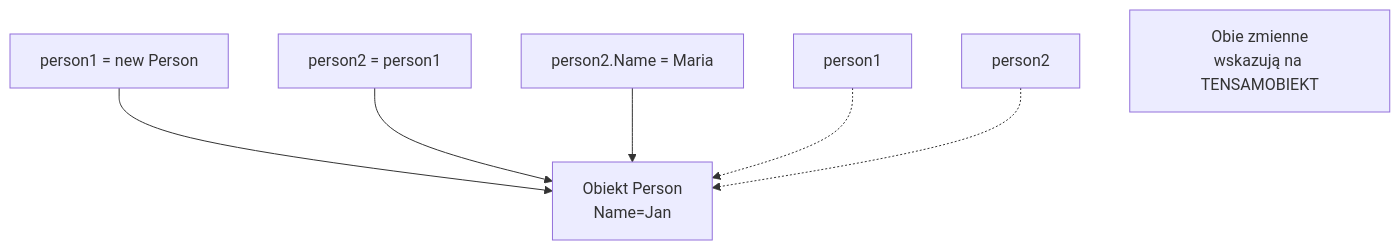
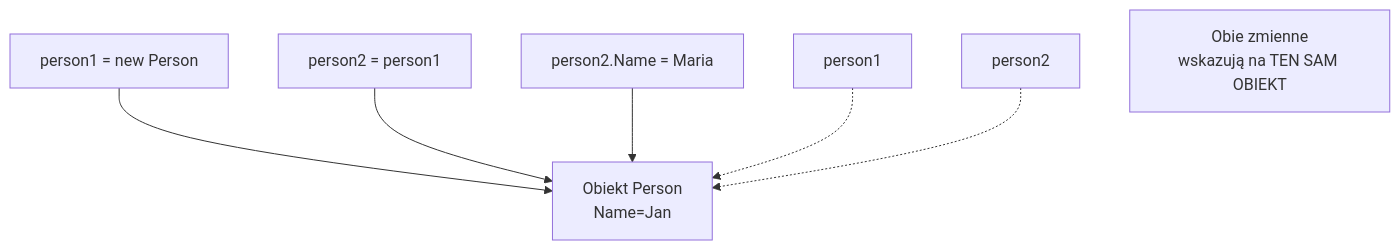
One commit to tborzyszkowski/csharp-programming changed the second of 4 diagrams in src/01-klasy/_03_object_usage/README.md. Above: the diagram before and after it, drawn with Mermaid. The commit also changed other lines of this file and 74 other files, not shown here.

````diff
--- a/src/01-klasy/_03_object_usage/README.md
+++ b/src/01-klasy/_03_object_usage/README.md
@@ -103,12 +105,12 @@
 ```mermaid
 graph TB
     A["person1 = new Person"] --> B["Obiekt Person<br/>Name=Jan"]
     C["person2 = person1"] --> B
     
     D["person2.Name = Maria"] --> B
     
     E["person1"] -.-> B
     F["person2"] -.-> B
     
-    G["Obie zmienne<br/>wskazują na TENSAMOBIEKT"]
+    G["Obie zmienne<br/>wskazują na TEN SAM OBIEKT"]
 ```
````
